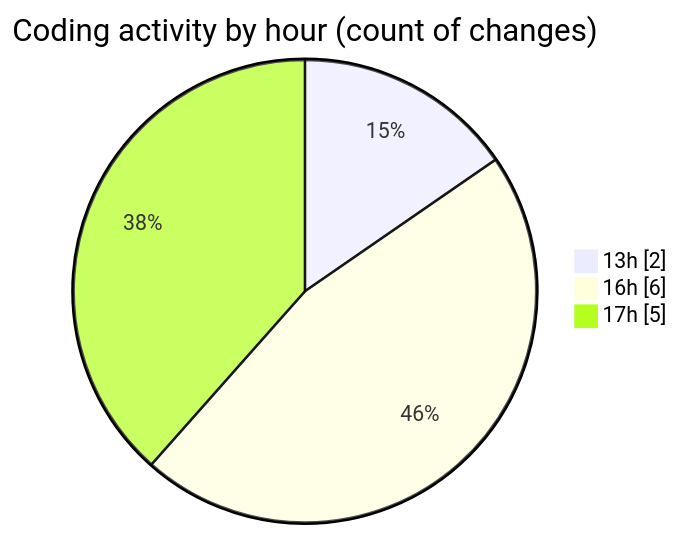
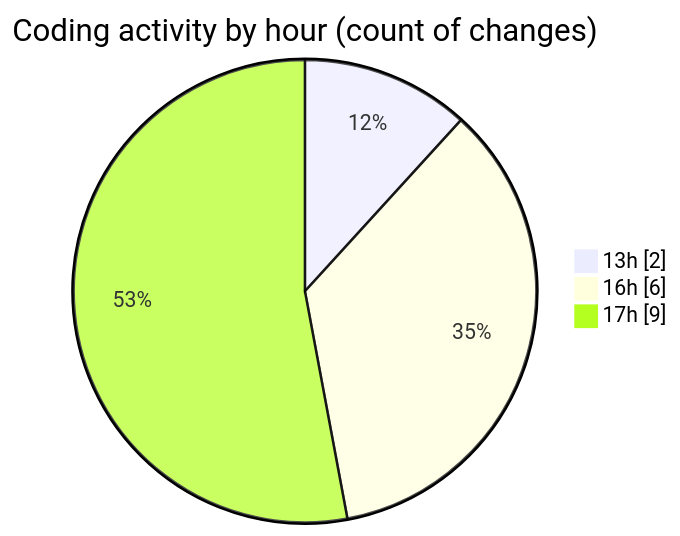
The second of 2 diagrams in 2026-03-26/nxtqube_webapp/README.md (nxtqubesakshisongat/code-tracking), drawn with Mermaid before and after one commit. The commit also changed other lines of this file and 1 other file, not shown here.

````diff
--- a/2026-03-26/nxtqube_webapp/README.md
+++ b/2026-03-26/nxtqube_webapp/README.md
@@ -30,7 +31,7 @@
 ```mermaid
 pie showData
 title Coding activity by hour (count of changes)
 "13h" : 2
 "16h" : 6
-"17h" : 5
+"17h" : 9
 ```
````
